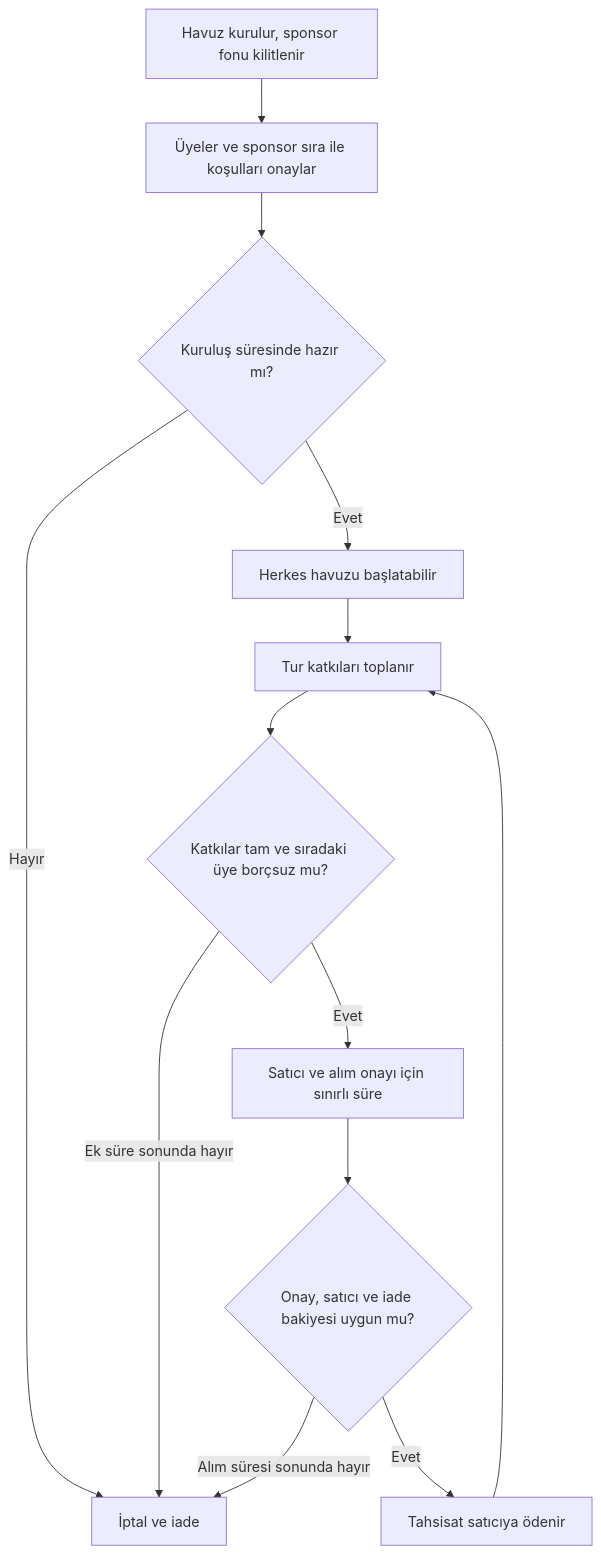
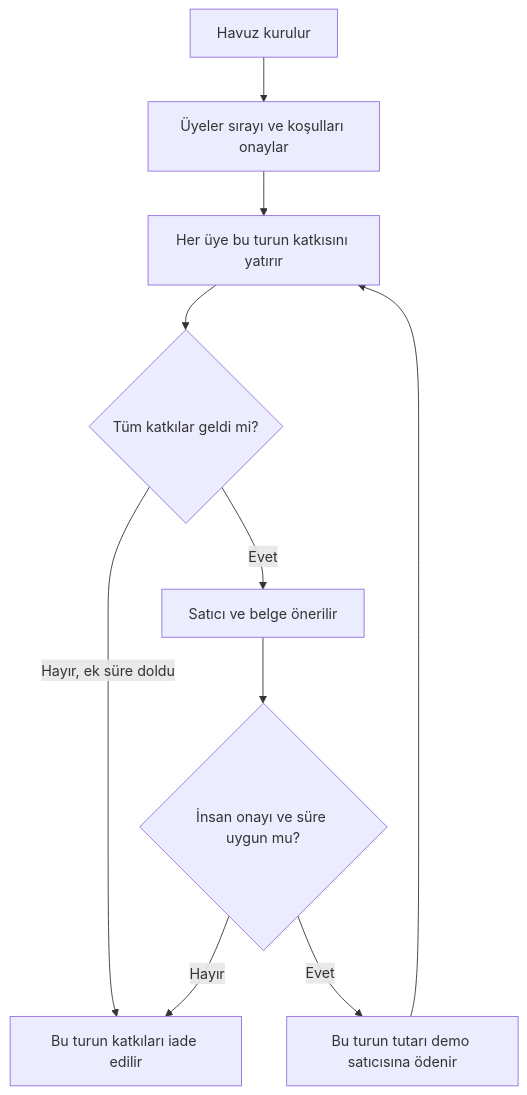
The diagram in README.md (yusufarslan44/Stellerpool), drawn with Mermaid before and after one commit. The commit also changed other lines of this file and 6 other files, not shown here.

```diff
--- a/README.md
+++ b/README.md
@@ -31,15 +30,12 @@
 ~~~mermaid
 flowchart TD
-  A[Havuz kurulur, sponsor fonu kilitlenir] --> B[Üyeler ve sponsor sıra ile koşulları onaylar]
-  B --> C{Kuruluş süresinde hazır mı?}
-  C -->|Hayır| J[İptal ve iade]
-  C -->|Evet| D[Herkes havuzu başlatabilir]
-  D --> E[Tur katkıları toplanır]
-  E --> F{Katkılar tam ve sıradaki üye borçsuz mu?}
-  F -->|Evet| G[Satıcı ve alım onayı için sınırlı süre]
-  G --> H{Onay, satıcı ve iade bakiyesi uygun mu?}
-  H -->|Evet| I[Tahsisat satıcıya ödenir]
-  I --> E
-  F -->|Ek süre sonunda hayır| J
-  H -->|Alım süresi sonunda hayır| J
+  A[Havuz kurulur] --> B[Üyeler sırayı ve koşulları onaylar]
+  B --> C[Her üye bu turun katkısını yatırır]
+  C --> D{Tüm katkılar geldi mi?}
+  D -->|Hayır, ek süre doldu| E[Bu turun katkıları iade edilir]
+  D -->|Evet| F[Satıcı ve belge önerilir]
+  F --> G{İnsan onayı ve süre uygun mu?}
+  G -->|Hayır| E
+  G -->|Evet| H[Bu turun tutarı demo satıcısına ödenir]
+  H --> C
 ~~~
```
